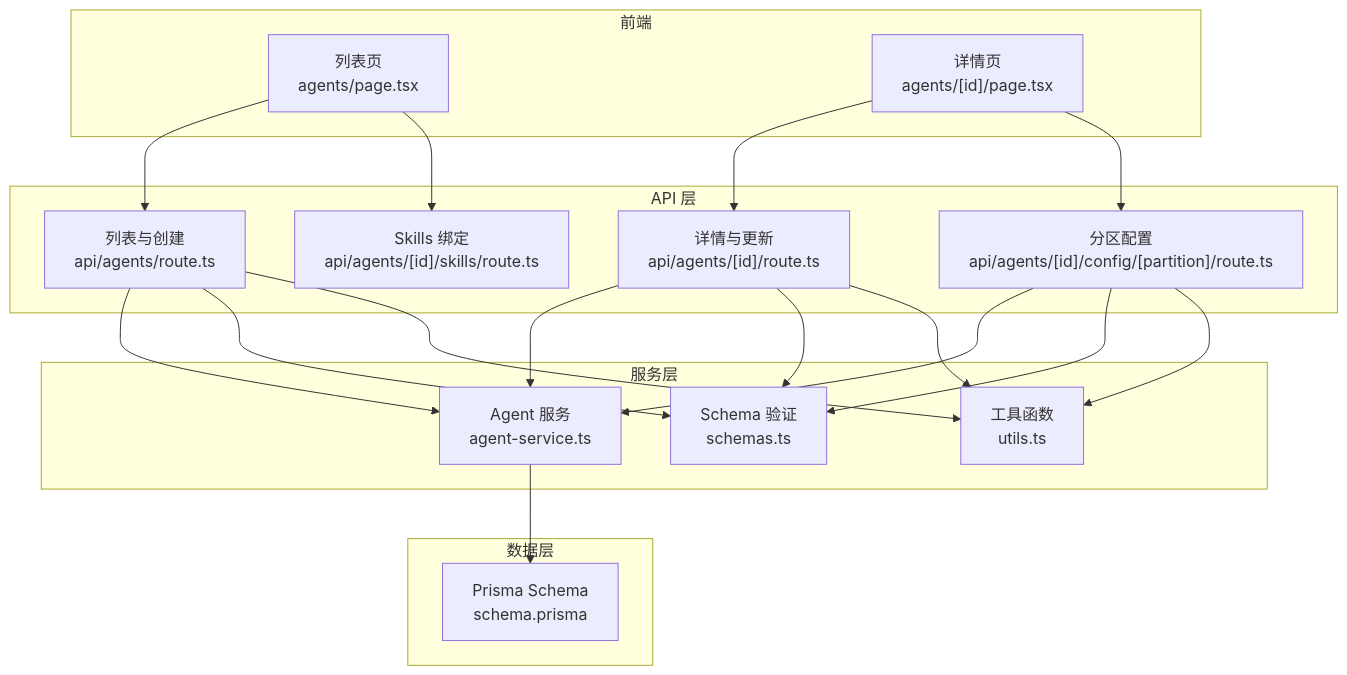
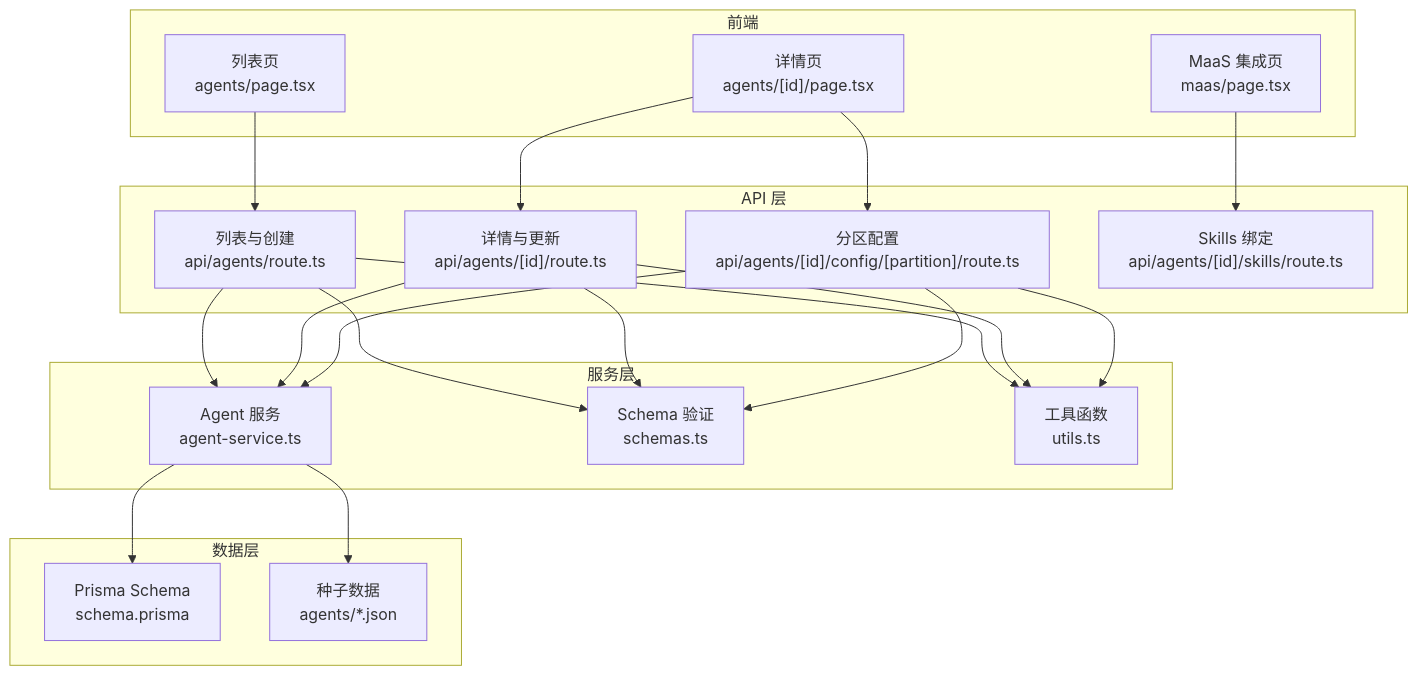
The first of 6 diagrams in .qoder/repowiki/zh/content/功能模块/Agent 管理.md (ai-guru-global/agent-up), drawn with Mermaid before and after one commit. The commit also changed other lines of this file and 20 other files, not shown here.

````diff
--- a/.qoder/repowiki/zh/content/功能模块/Agent 管理.md
+++ b/.qoder/repowiki/zh/content/功能模块/Agent 管理.md
@@ -51,35 +59,38 @@
 ```mermaid
 graph TB
 subgraph "前端"
 A["列表页<br/>agents/page.tsx"]
 B["详情页<br/>agents/[id]/page.tsx"]
+C["MaaS 集成页<br/>maas/page.tsx"]
 end
 subgraph "API 层"
-C["列表与创建<br/>api/agents/route.ts"]
-D["详情与更新<br/>api/agents/[id]/route.ts"]
-E["分区配置<br/>api/agents/[id]/config/[partition]/route.ts"]
-F["Skills 绑定<br/>api/agents/[id]/skills/route.ts"]
+D["列表与创建<br/>api/agents/route.ts"]
+E["详情与更新<br/>api/agents/[id]/route.ts"]
+F["分区配置<br/>api/agents/[id]/config/[partition]/route.ts"]
+G["Skills 绑定<br/>api/agents/[id]/skills/route.ts"]
 end
 subgraph "服务层"
-G["Agent 服务<br/>agent-service.ts"]
-H["Schema 验证<br/>schemas.ts"]
-I["工具函数<br/>utils.ts"]
+H["Agent 服务<br/>agent-service.ts"]
+I["Schema 验证<br/>schemas.ts"]
+J["工具函数<br/>utils.ts"]
 end
 subgraph "数据层"
-J["Prisma Schema<br/>schema.prisma"]
+K["Prisma Schema<br/>schema.prisma"]
+L["种子数据<br/>agents/*.json"]
 end
-A --> C
-B --> D
+A --> D
 B --> E
-A --> F
+B --> F
 C --> G
-D --> G
-E --> G
-G --> J
-C --> H
 D --> H
 E --> H
-C --> I
+F --> H
+H --> K
+H --> L
 D --> I
 E --> I
+F --> I
+D --> J
+E --> J
+F --> J
 ```
````
